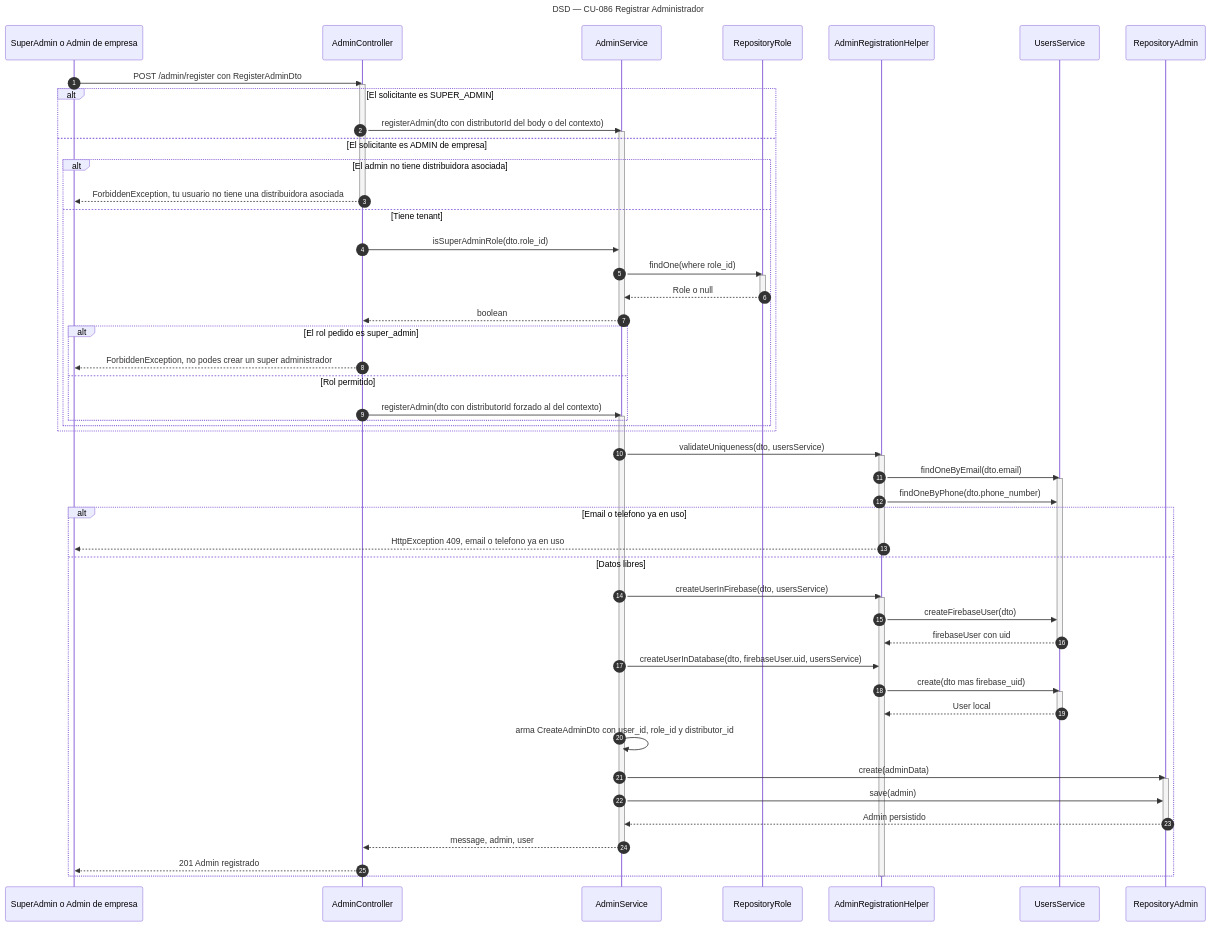
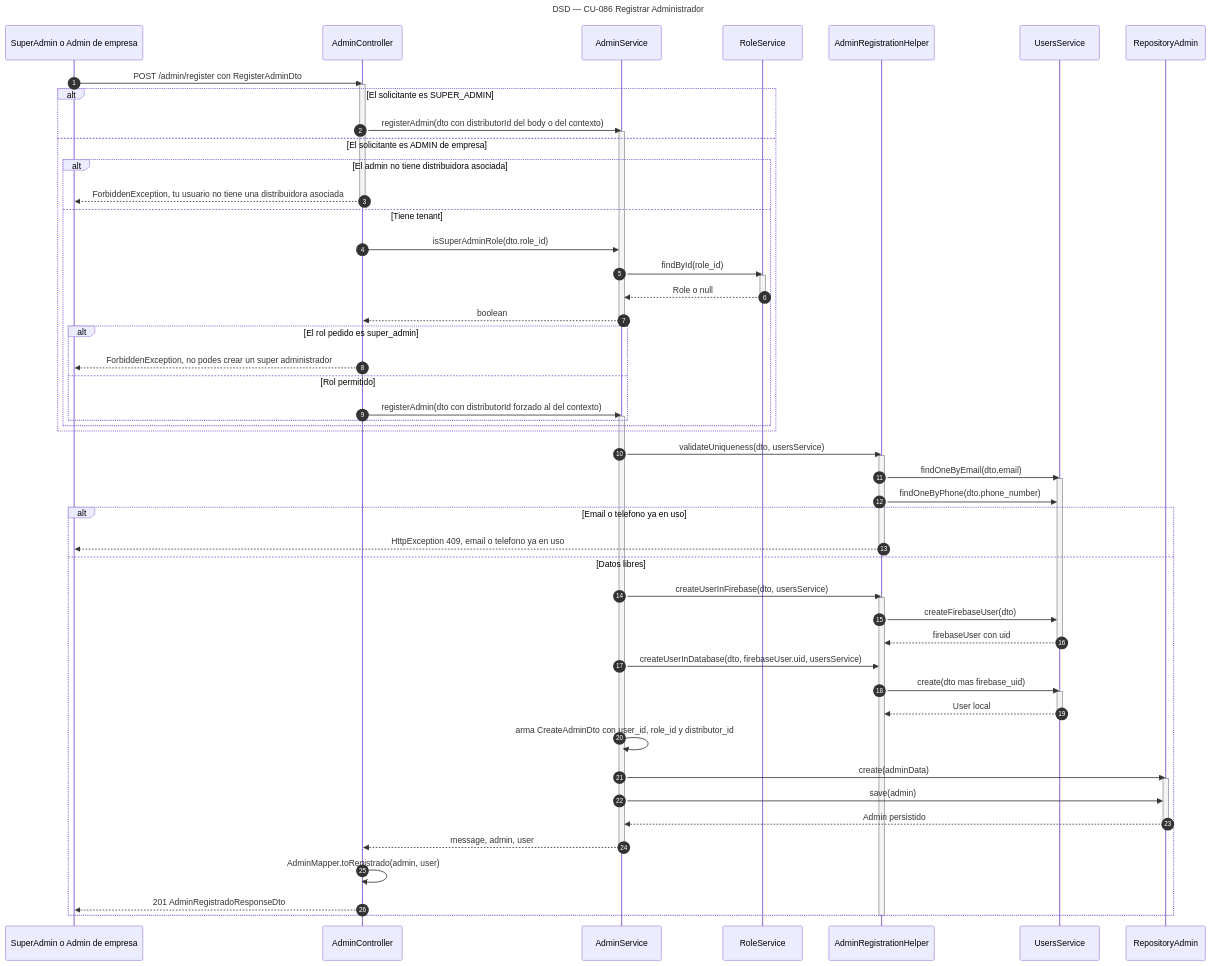
Before and after one commit to Nahuelito-Dev/splg-docs: the diagram in diagramas/DSD_CU-086_Registrar-Administrador.mmd, drawn with Mermaid. The commit also changed 2 other files, not shown here.

Commit message:
docs(dsd): CU-086 consulta el rol por RoleService y responde AdminRegistradoResponseDto

```diff
--- a/diagramas/DSD_CU-086_Registrar-Administrador.mmd
+++ b/diagramas/DSD_CU-086_Registrar-Administrador.mmd
@@ -1,67 +1,68 @@
 sequenceDiagram
     title DSD — CU-086 Registrar Administrador
     autonumber
     participant ACT as SuperAdmin o Admin de empresa
     participant CTRL as AdminController
     participant SRV as AdminService
-    participant RREP as RepositoryRole
+    participant RSRV as RoleService
     participant HLP as AdminRegistrationHelper
     participant USR as UsersService
     participant AREP as RepositoryAdmin
 
     ACT->>CTRL: POST /admin/register con RegisterAdminDto
     activate CTRL
     alt El solicitante es SUPER_ADMIN
         CTRL->>SRV: registerAdmin(dto con distributorId del body o del contexto)
         activate SRV
     else El solicitante es ADMIN de empresa
         alt El admin no tiene distribuidora asociada
             CTRL-->>ACT: ForbiddenException, tu usuario no tiene una distribuidora asociada
             deactivate CTRL
         else Tiene tenant
             CTRL->>SRV: isSuperAdminRole(dto.role_id)
-            SRV->>RREP: findOne(where role_id)
-            activate RREP
-            RREP-->>SRV: Role o null
-            deactivate RREP
+            SRV->>RSRV: findById(role_id)
+            activate RSRV
+            RSRV-->>SRV: Role o null
+            deactivate RSRV
             SRV-->>CTRL: boolean
             deactivate SRV
             alt El rol pedido es super_admin
                 CTRL-->>ACT: ForbiddenException, no podes crear un super administrador
             else Rol permitido
                 CTRL->>SRV: registerAdmin(dto con distributorId forzado al del contexto)
                 activate SRV
             end
         end
     end
 
     SRV->>HLP: validateUniqueness(dto, usersService)
     activate HLP
     HLP->>USR: findOneByEmail(dto.email)
     activate USR
     HLP->>USR: findOneByPhone(dto.phone_number)
     alt Email o telefono ya en uso
         HLP-->>ACT: HttpException 409, email o telefono ya en uso
         deactivate HLP
     else Datos libres
         SRV->>HLP: createUserInFirebase(dto, usersService)
         activate HLP
         HLP->>USR: createFirebaseUser(dto)
         USR-->>HLP: firebaseUser con uid
         deactivate USR
         SRV->>HLP: createUserInDatabase(dto, firebaseUser.uid, usersService)
         HLP->>USR: create(dto mas firebase_uid)
         activate USR
         USR-->>HLP: User local
         deactivate USR
         SRV->>SRV: arma CreateAdminDto con user_id, role_id y distributor_id
         SRV->>AREP: create(adminData)
         activate AREP
         SRV->>AREP: save(admin)
         AREP-->>SRV: Admin persistido
         deactivate AREP
         SRV-->>CTRL: message, admin, user
         deactivate SRV
-        CTRL-->>ACT: 201 Admin registrado
+        CTRL->>CTRL: AdminMapper.toRegistrado(admin, user)
+        CTRL-->>ACT: 201 AdminRegistradoResponseDto
     end
     deactivate HLP
```
